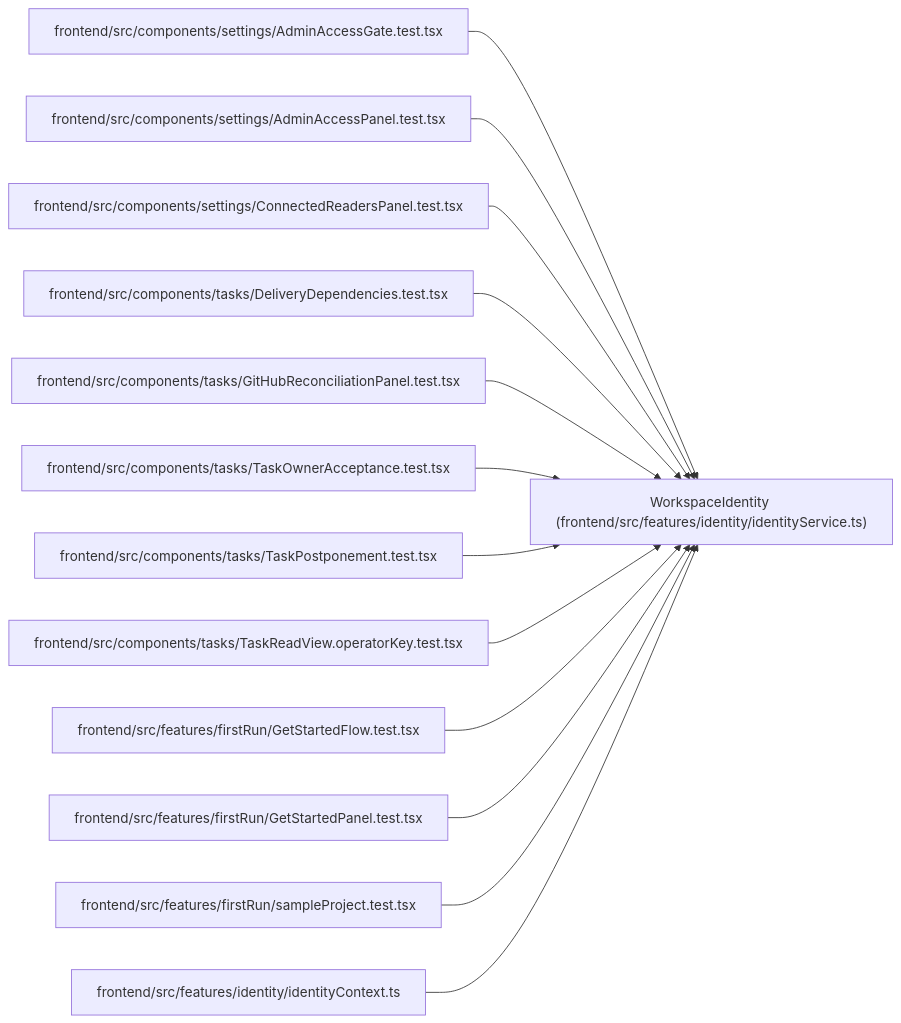
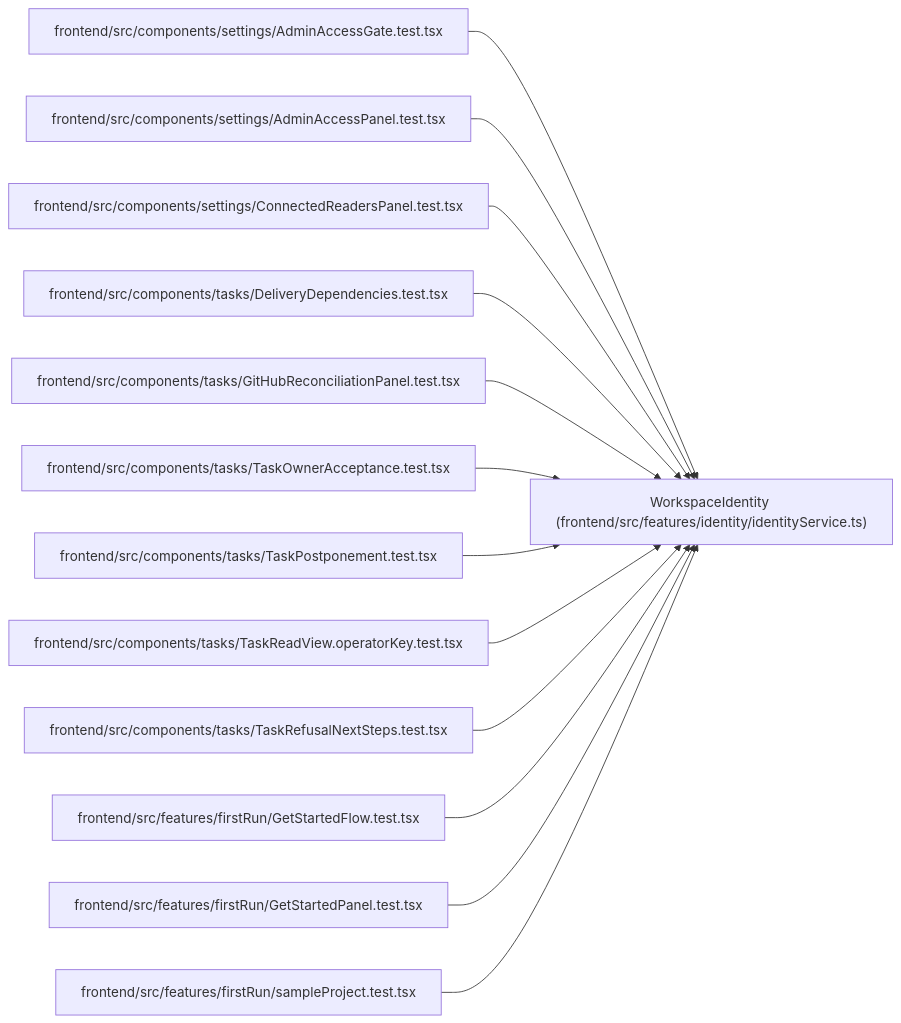
The diagram in docs/llm_wiki/entities/WorkspaceIdentity.md (Denissvgn/WorkChord), drawn with Mermaid before and after one commit. The commit also changed other lines of this file and 733 other files, not shown here.

Commit message:
Sync the architectural wiki for refusal next steps

````diff
--- a/docs/llm_wiki/entities/WorkspaceIdentity.md
+++ b/docs/llm_wiki/entities/WorkspaceIdentity.md
@@ -36,41 +36,41 @@
 ```mermaid
 flowchart LR
     n0["WorkspaceIdentity (frontend/src/features/identity/identityService.ts)"]
     n1["frontend/src/components/settings/AdminAccessGate.test.tsx"]
     n2["frontend/src/components/settings/AdminAccessPanel.test.tsx"]
     n3["frontend/src/components/settings/ConnectedReadersPanel.test.tsx"]
     n4["frontend/src/components/tasks/DeliveryDependencies.test.tsx"]
     n5["frontend/src/components/tasks/GitHubReconciliationPanel.test.tsx"]
     n6["frontend/src/components/tasks/TaskOwnerAcceptance.test.tsx"]
     n7["frontend/src/components/tasks/TaskPostponement.test.tsx"]
     n8["frontend/src/components/tasks/TaskReadView.operatorKey.test.tsx"]
-    n9["frontend/src/features/firstRun/GetStartedFlow.test.tsx"]
-    n10["frontend/src/features/firstRun/GetStartedPanel.test.tsx"]
-    n11["frontend/src/features/firstRun/sampleProject.test.tsx"]
-    n12["frontend/src/features/identity/identityContext.ts"]
+    n9["frontend/src/components/tasks/TaskRefusalNextSteps.test.tsx"]
+    n10["frontend/src/features/firstRun/GetStartedFlow.test.tsx"]
+    n11["frontend/src/features/firstRun/GetStartedPanel.test.tsx"]
+    n12["frontend/src/features/firstRun/sampleProject.test.tsx"]
     n1 --> n0
     n2 --> n0
     n3 --> n0
     n4 --> n0
     n5 --> n0
     n6 --> n0
     n7 --> n0
     n8 --> n0
     n9 --> n0
     n10 --> n0
     n11 --> n0
     n12 --> n0
     click n0 "../modules/identityService.md"
     click n1 "../modules/AdminAccessGate.test.md"
     click n2 "../modules/AdminAccessPanel.test.md"
     click n3 "../modules/ConnectedReadersPanel.test.md"
     click n4 "../modules/DeliveryDependencies.test.md"
     click n5 "../modules/GitHubReconciliationPanel.test.md"
     click n6 "../modules/TaskOwnerAcceptance.test.md"
     click n7 "../modules/TaskPostponement.test.md"
     click n8 "../modules/TaskReadView.operatorKey.test.md"
-    click n9 "../modules/GetStartedFlow.test.md"
-    click n10 "../modules/GetStartedPanel.test.md"
-    click n11 "../modules/sampleProject.test.md"
-    click n12 "../modules/identityContext.md"
+    click n9 "../modules/TaskRefusalNextSteps.test.md"
+    click n10 "../modules/GetStartedFlow.test.md"
+    click n11 "../modules/GetStartedPanel.test.md"
+    click n12 "../modules/sampleProject.test.md"
 ```
````
